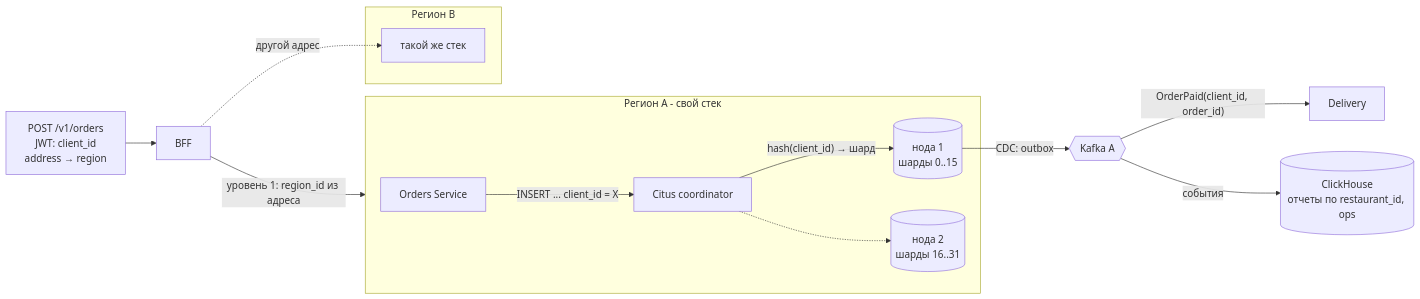
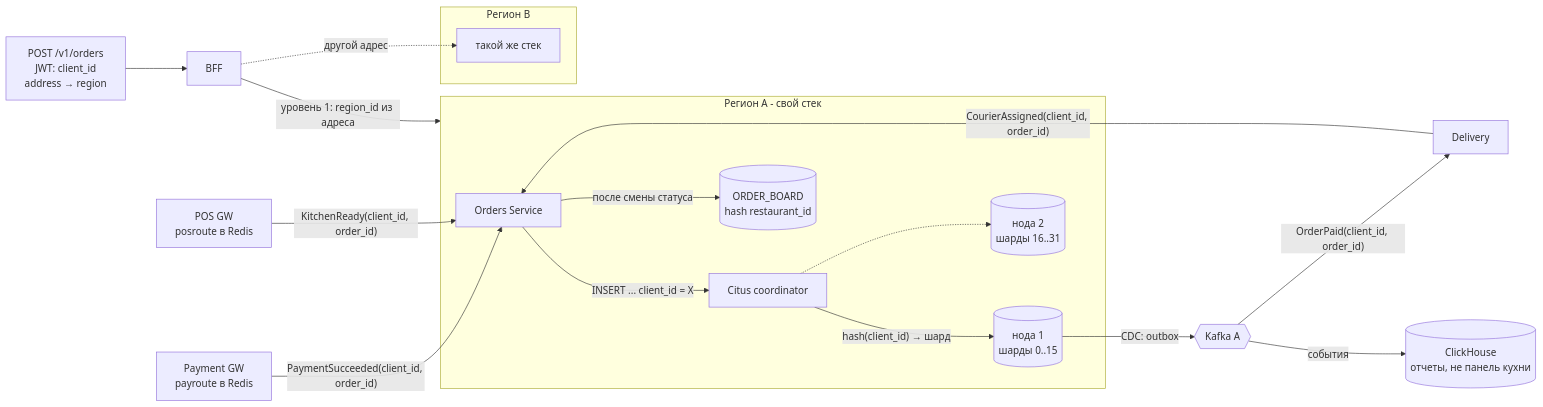
The seventh of 7 diagrams in hw_03/solution/README.md (Gomozov/otus-systemdesign-homework), drawn with Mermaid before and after one commit. The commit also changed other lines of this file, not shown here.

````diff
--- a/hw_03/solution/README.md
+++ b/hw_03/solution/README.md
@@ -535,23 +585,27 @@
 ```mermaid
 flowchart LR
     REQ["POST /v1/orders<br/>JWT: client_id<br/>address → region"]
     REQ --> BFF["BFF"]
     BFF -->|"уровень 1: region_id из адреса"| RA
 
     subgraph RA["Регион A - свой стек"]
         ORD["Orders Service"]
         COORD["Citus coordinator"]
         ORD -->|"INSERT ... client_id = X"| COORD
         COORD -->|"hash(client_id) → шард"| S0[("нода 1<br/>шарды 0..15")]
         COORD -.-> S1[("нода 2<br/>шарды 16..31")]
+        ORD -->|"после смены статуса"| BOARD[("ORDER_BOARD<br/>hash restaurant_id")]
     end
 
     subgraph RB["Регион B"]
         STB["такой же стек"]
     end
     BFF -.->|"другой адрес"| STB
 
     S0 -->|"CDC: outbox"| KA{{"Kafka A"}}
     KA -->|"OrderPaid(client_id, order_id)"| DLV["Delivery"]
-    KA -->|"события"| CH[("ClickHouse<br/>отчеты по restaurant_id, ops")]
+    DLV -->|"CourierAssigned(client_id, order_id)"| ORD
+    PAY["Payment GW<br/>payroute в Redis"] -->|"PaymentSucceeded(client_id, order_id)"| ORD
+    POS["POS GW<br/>posroute в Redis"] -->|"KitchenReady(client_id, order_id)"| ORD
+    KA -->|"события"| CH[("ClickHouse<br/>отчеты, не панель кухни")]
 ```
````
